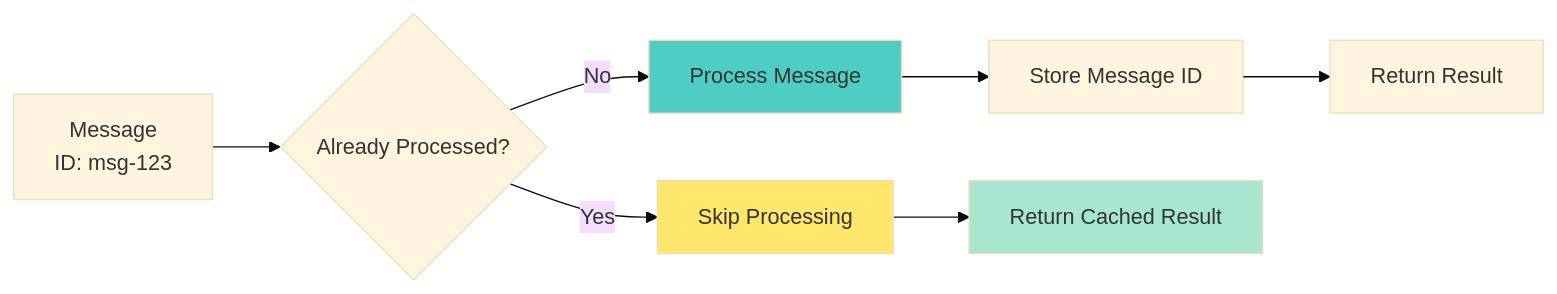
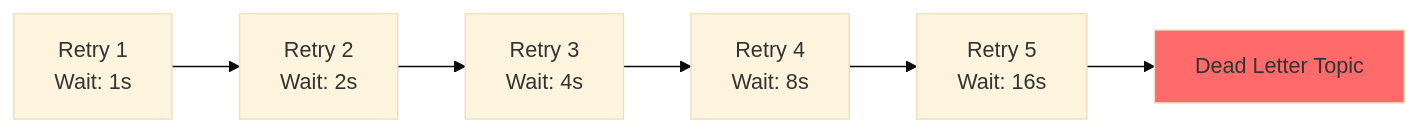
The third of 9 diagrams in class/workshop/lesson_9/README.md (vorrawut/KafkaStarter), drawn with Mermaid (base theme) before and after one commit. The commit also changed other lines of this file and 204 other files, not shown here.

````diff
--- a/class/workshop/lesson_9/README.md
+++ b/class/workshop/lesson_9/README.md
@@ -116,14 +110,10 @@
 ```mermaid
 graph LR
-    MSG[Message<br/>ID: msg-123] --> CHECK{Already Processed?}
-    CHECK -->|No| PROCESS[Process Message]
-    CHECK -->|Yes| SKIP[Skip Processing]
+    R1[Retry 1<br/>Wait: 1s] --> R2[Retry 2<br/>Wait: 2s]
+    R2 --> R3[Retry 3<br/>Wait: 4s]
+    R3 --> R4[Retry 4<br/>Wait: 8s]
+    R4 --> R5[Retry 5<br/>Wait: 16s]
+    R5 --> DLT[Dead Letter Topic]
     
-    PROCESS --> STORE[Store Message ID]
-    STORE --> RESULT[Return Result]
-    SKIP --> CACHE[Return Cached Result]
-    
-    style PROCESS fill:#4ecdc4
-    style SKIP fill:#ffe66d
-    style CACHE fill:#a8e6cf
+    style DLT fill:#ff6b6b
 ```
````
